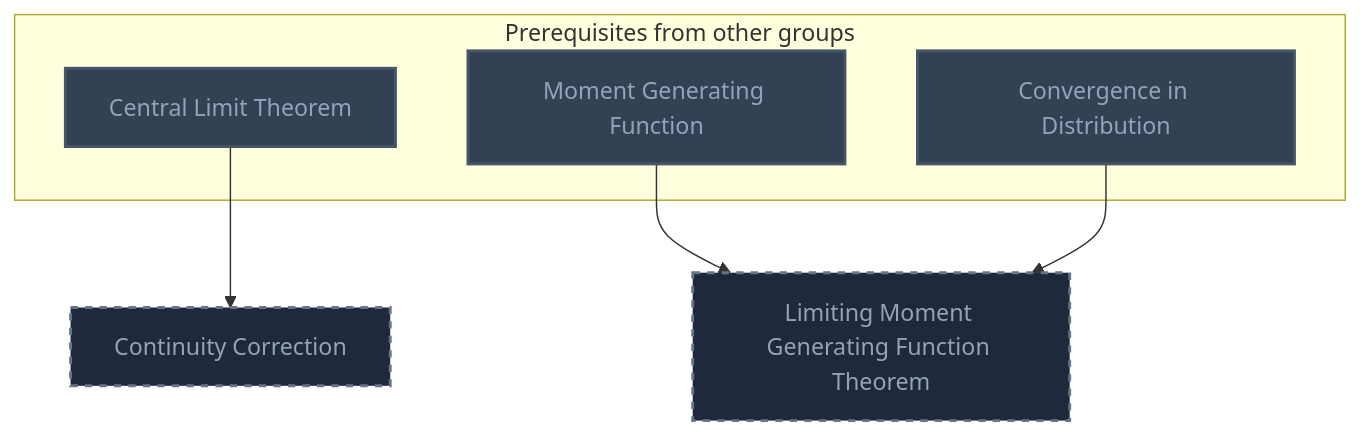
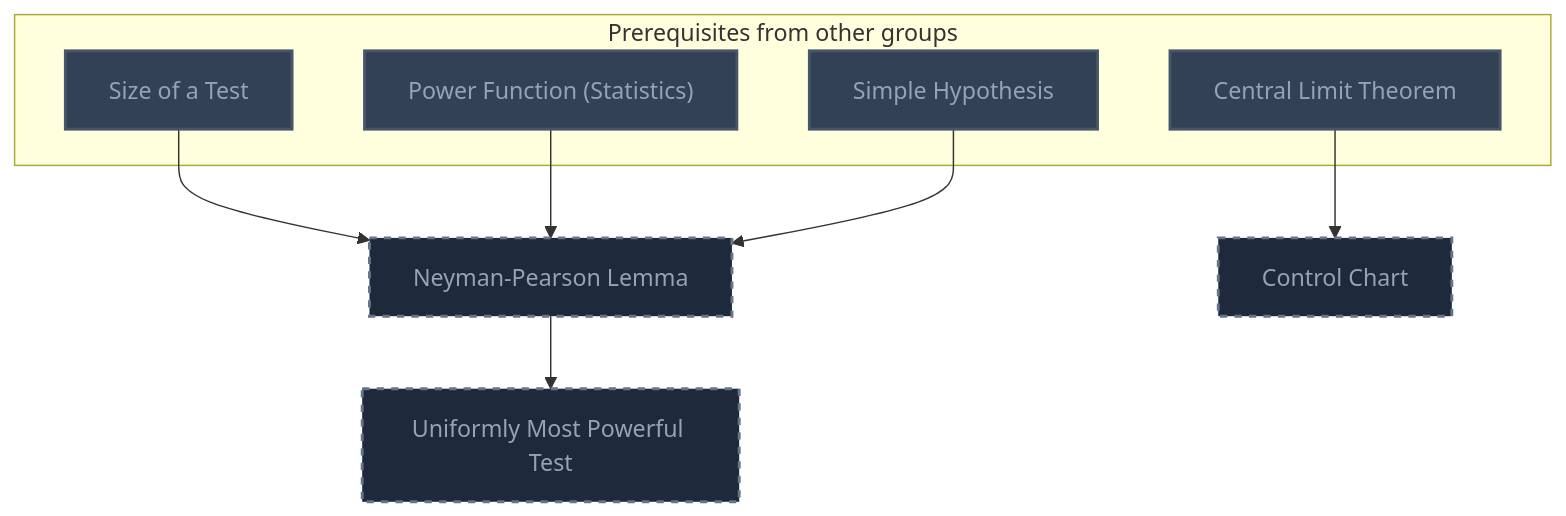
Before and after one commit to MRauf1/My-Notes: the eighth of 11 diagrams in Gamification/Skill Trees/Mathematical Statistics.md, drawn with Mermaid. The commit also changed other lines of this file and 62 other files, not shown here.

````diff
--- a/Gamification/Skill Trees/Mathematical Statistics.md
+++ b/Gamification/Skill Trees/Mathematical Statistics.md
@@ -1165,25 +1042,29 @@
 ```mermaid
 flowchart TD
     classDef planned fill:#1E293B,stroke:#64748B,stroke-width:2px,stroke-dasharray:5 5,color:#94A3B8;
     classDef locked fill:#334155,stroke:#475569,stroke-width:2px,color:#94A3B8;
     classDef L0 fill:#F1F5F9,stroke:#94A3B8,stroke-width:2px,color:#000000;
     classDef L1 fill:#22C55E,stroke:#15803D,stroke-width:2px,color:#000000;
     classDef L2 fill:#3B82F6,stroke:#1D4ED8,stroke-width:3px,color:#FFFFFF;
     classDef L3 fill:#A855F7,stroke:#6B21A8,stroke-width:3px,color:#FFFFFF,font-weight:bold;
     classDef L4 fill:#F97316,stroke:#C2410C,stroke-width:4px,color:#000000,font-weight:bold;
     classDef L5 fill:#FFD700,stroke:#FF8C00,stroke-width:5px,color:#000000,font-weight:bold;
     classDef rusty stroke:#8B4513,stroke-width:4px,stroke-dasharray:3 3;
     subgraph sg_prereqs["Prerequisites from other groups"]
+        n_size_of_a_test["Size of a Test"]
+        n_power_function_statistics["Power Function (Statistics)"]
+        n_simple_hypothesis["Simple Hypothesis"]
         n_central_limit_theorem["Central Limit Theorem"]
-        n_moment_generating_function["Moment Generating Function"]
-        n_convergence_in_distribution["Convergence in Distribution"]
     end
-    n_continuity_correction["Continuity Correction"]
-    n_limiting_moment_generating_function_theorem["Limiting Moment Generating Function Theorem"]
-    n_central_limit_theorem --> n_continuity_correction
-    n_moment_generating_function --> n_limiting_moment_generating_function_theorem
-    n_convergence_in_distribution --> n_limiting_moment_generating_function_theorem
-    class n_continuity_correction,n_limiting_moment_generating_function_theorem planned;
-    class n_central_limit_theorem,n_moment_generating_function,n_convergence_in_distribution locked;
-    class n_central_limit_theorem,n_moment_generating_function,n_convergence_in_distribution internal-link;
+    n_neyman_pearson_lemma["Neyman-Pearson Lemma"]
+    n_uniformly_most_powerful_test["Uniformly Most Powerful Test"]
+    n_control_chart["Control Chart"]
+    n_size_of_a_test --> n_neyman_pearson_lemma
+    n_power_function_statistics --> n_neyman_pearson_lemma
+    n_simple_hypothesis --> n_neyman_pearson_lemma
+    n_neyman_pearson_lemma --> n_uniformly_most_powerful_test
+    n_central_limit_theorem --> n_control_chart
+    class n_neyman_pearson_lemma,n_uniformly_most_powerful_test,n_control_chart planned;
+    class n_size_of_a_test,n_power_function_statistics,n_simple_hypothesis,n_central_limit_theorem locked;
+    class n_size_of_a_test,n_power_function_statistics,n_simple_hypothesis,n_central_limit_theorem internal-link;
 ```
````
